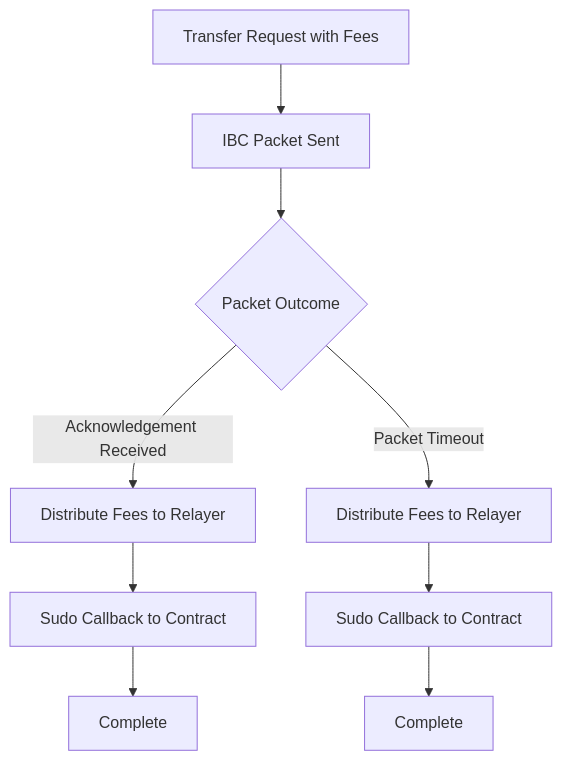
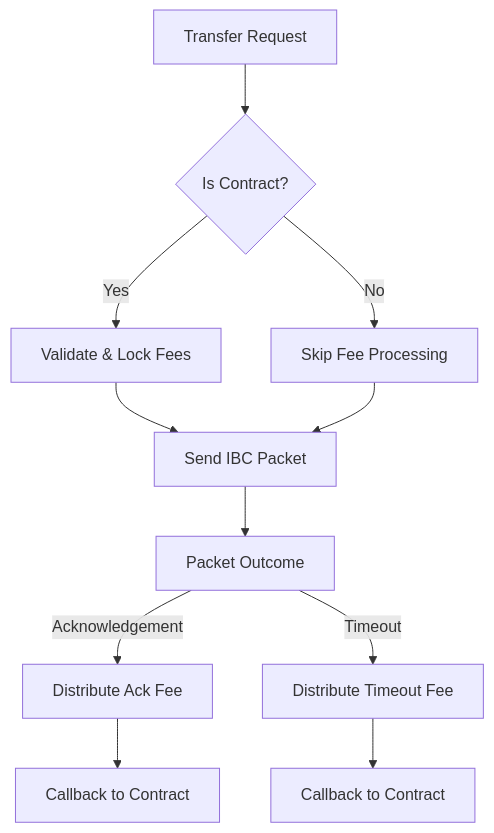
Before and after one commit to neutron-org/neutron-docs: the fourth of 4 diagrams in developers/modules/transfer/explanation.mdx, drawn with Mermaid. The commit also changed other lines of this file and 3 other files, not shown here.

````diff
--- a/developers/modules/transfer/explanation.mdx
+++ b/developers/modules/transfer/explanation.mdx
@@ -93,11 +123,13 @@
 ```mermaid
 flowchart TD
-    A[Transfer Request with Fees] --> B[IBC Packet Sent]
-    B --> C{Packet Outcome}
-    C -->|Acknowledgement Received| D[Distribute Fees to Relayer]
-    C -->|Packet Timeout| E[Distribute Fees to Relayer]
-    D --> F[Sudo Callback to Contract]
-    E --> G[Sudo Callback to Contract]
-    F --> H[Complete]
-    G --> I[Complete]
+    A[Transfer Request] --> B{Is Contract?}
+    B -->|Yes| C[Validate & Lock Fees]
+    B -->|No| D[Skip Fee Processing]
+    C --> E[Send IBC Packet]
+    D --> E
+    E --> F[Packet Outcome]
+    F -->|Acknowledgement| G[Distribute Ack Fee]
+    F -->|Timeout| H[Distribute Timeout Fee]
+    G --> I[Callback to Contract]
+    H --> J[Callback to Contract]
 ```
````
